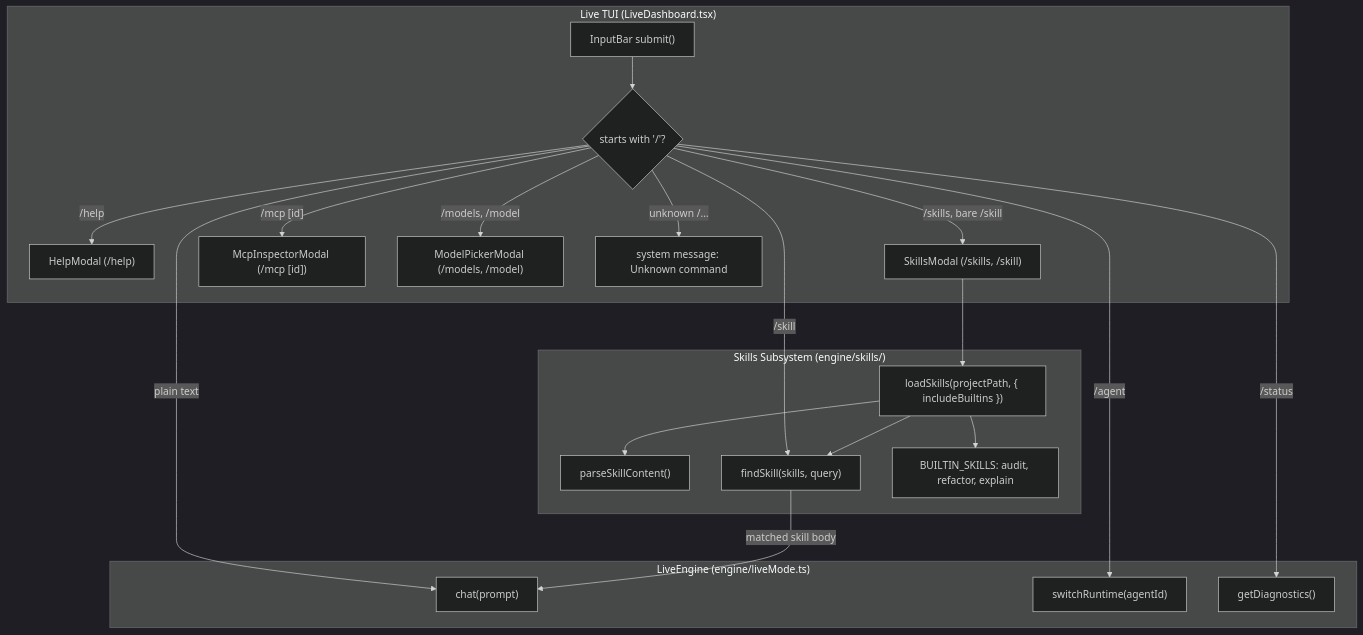
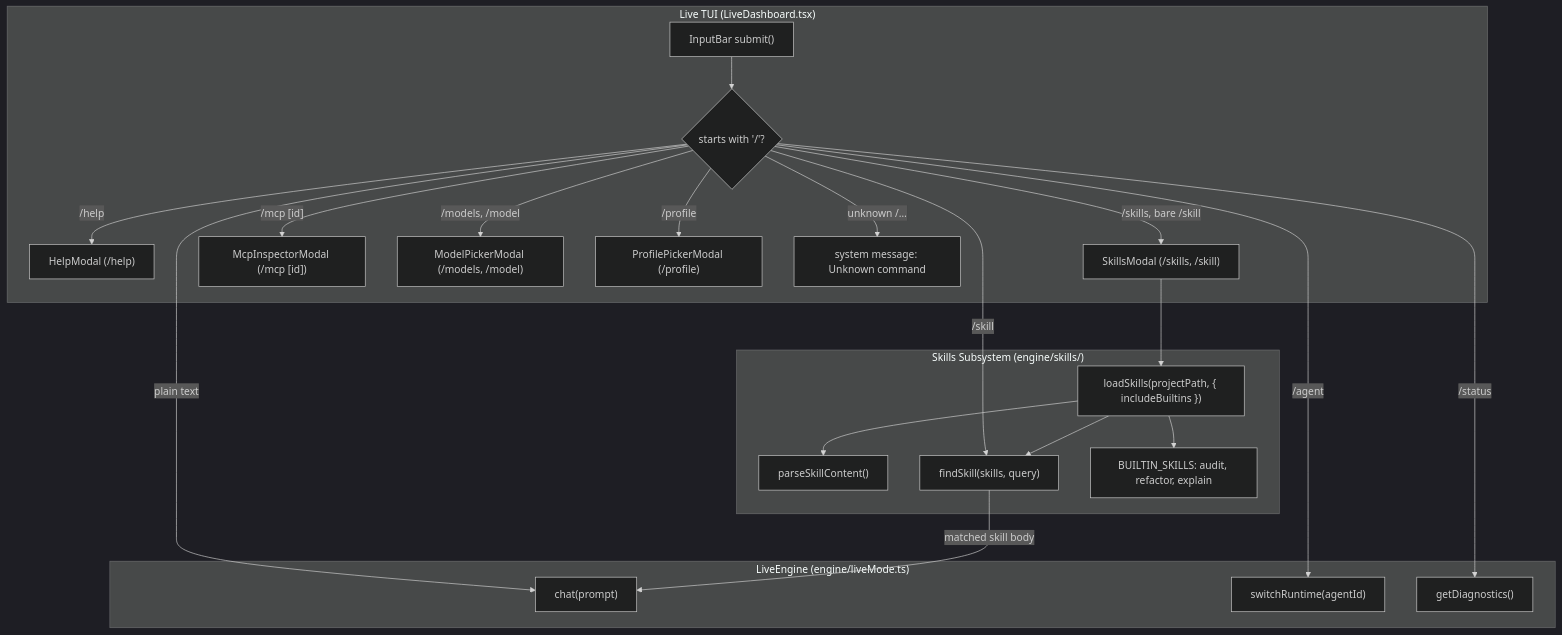
Diagram 27 of 36 in DESIGN.md (dahch/huginn), drawn with Mermaid (dark theme) before and after one commit. The commit also changed other lines of this file and 2 other files, not shown here.

````diff
--- a/DESIGN.md
+++ b/DESIGN.md
@@ -2370,41 +2443,43 @@
 ```mermaid
 flowchart TD
     subgraph "Live TUI (LiveDashboard.tsx)"
         Input["InputBar submit()"]
         Dispatcher{"starts with '/'?"}
         Help["HelpModal (/help)"]
         Skills["SkillsModal (/skills, /skill)"]
         Inspect["McpInspectorModal (/mcp [id])"]
         Picker["ModelPickerModal (/models, /model)"]
+        Profile["ProfilePickerModal (/profile)"]
         Reject["system message: Unknown command"]
     end
 
     subgraph "Skills Subsystem (engine/skills/)"
         Loader["loadSkills(projectPath, { includeBuiltins })"]
         Parse["parseSkillContent()"]
         Find["findSkill(skills, query)"]
         Builtins["BUILTIN_SKILLS: audit, refactor, explain"]
     end
 
     subgraph "LiveEngine (engine/liveMode.ts)"
         Chat["chat(prompt)"]
         Switch["switchRuntime(agentId)"]
         Diag["getDiagnostics()"]
     end
 
     Input --> Dispatcher
     Dispatcher -- "/help" --> Help
     Dispatcher -- "/skills, bare /skill" --> Skills
     Dispatcher -- "/skill <name>" --> Find
     Dispatcher -- "/mcp [id]" --> Inspect
     Dispatcher -- "/models, /model" --> Picker
+    Dispatcher -- "/profile" --> Profile
     Dispatcher -- "/status" --> Diag
     Dispatcher -- "/agent <id>" --> Switch
     Dispatcher -- "unknown /…" --> Reject
     Dispatcher -- "plain text" --> Chat
     Skills --> Loader
     Loader --> Parse
     Loader --> Builtins
     Loader --> Find
     Find -- matched skill body --> Chat
 ```
````
